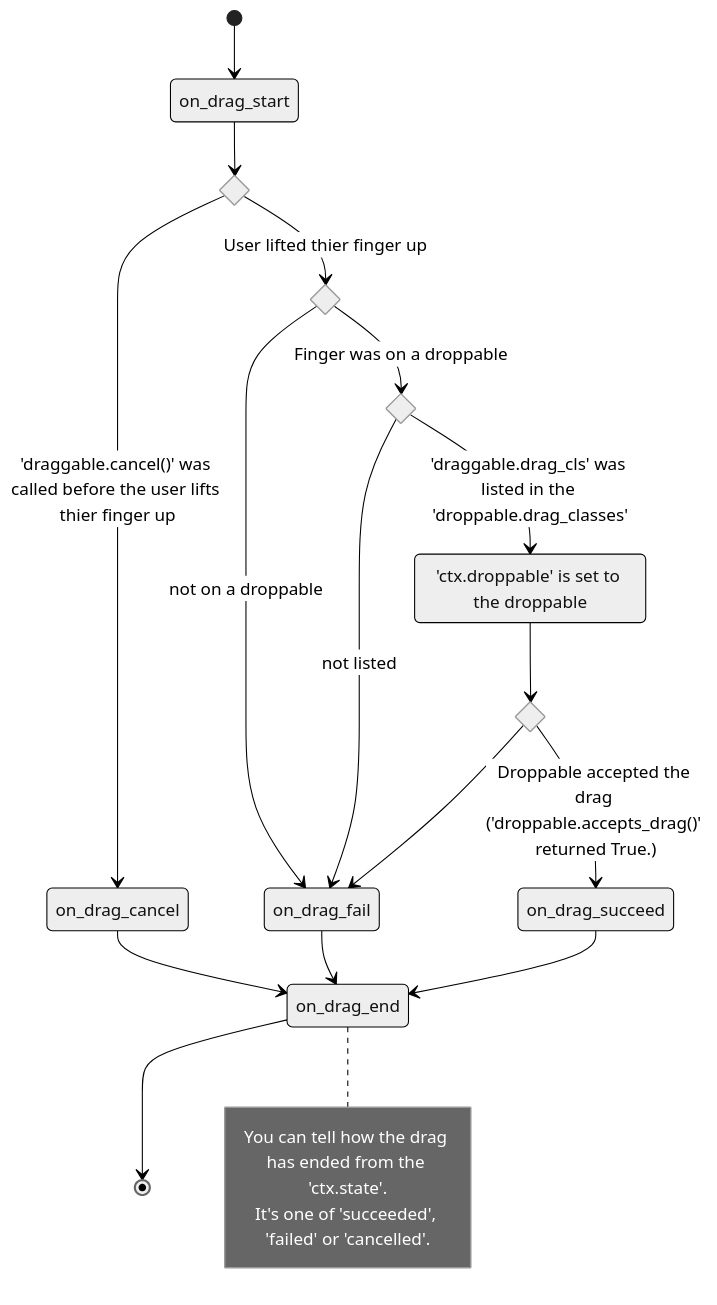
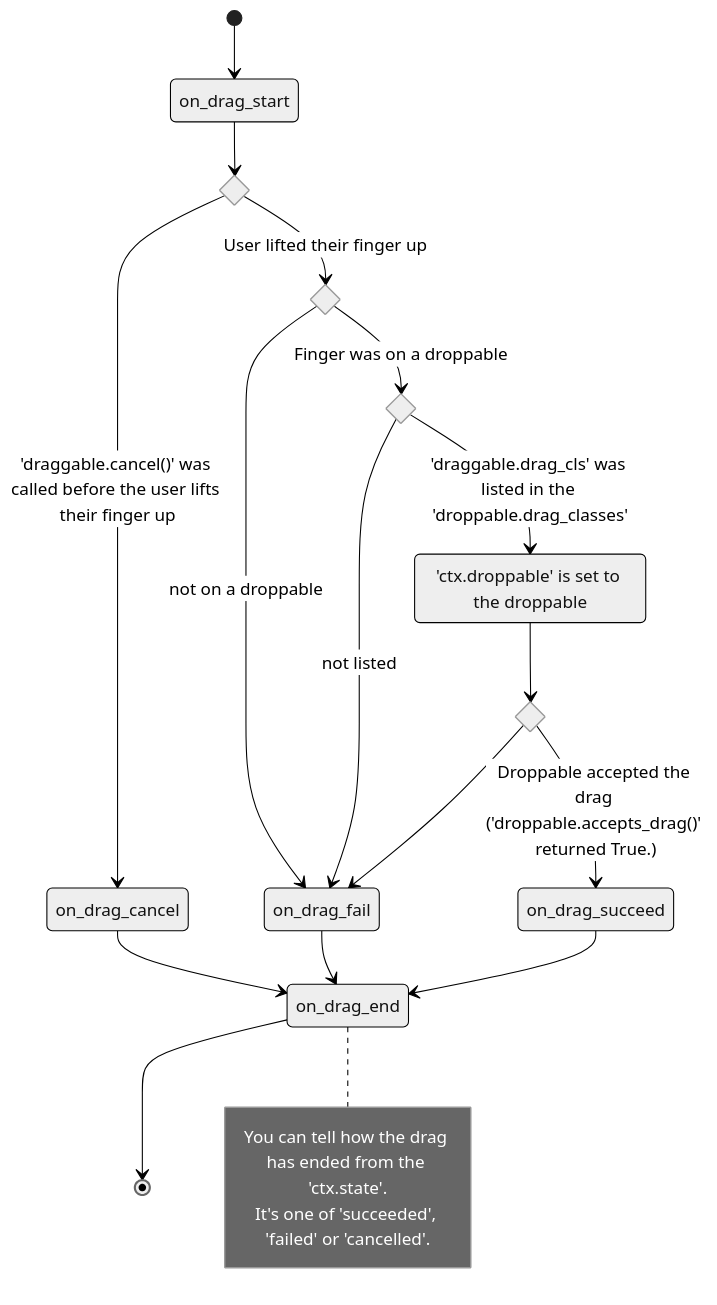
The diagram in README.md (kivy-garden/draggable), drawn with Mermaid (neutral theme) before and after one commit.

Commit message:
Fix typos in flowchart

````diff
--- a/README.md
+++ b/README.md
@@ -47,33 +47,33 @@
 ```mermaid
 stateDiagram-v2
     state cancelled? <<choice>>
     state on_a_droppable? <<choice>>
     state listed? <<choice>>
     state accepted? <<choice>>
 
     [*] --> on_drag_start
     on_drag_start --> cancelled?
-    cancelled? --> on_a_droppable?: User lifted thier finger up
-    cancelled? --> on_drag_cancel: 'draggable.cancel()' was called before the user lifts thier finger up
+    cancelled? --> on_a_droppable?: User lifted their finger up
+    cancelled? --> on_drag_cancel: 'draggable.cancel()' was called before the user lifts their finger up
 
     on_a_droppable? --> listed?: Finger was on a droppable
     on_a_droppable? --> on_drag_fail: not on a droppable
 
     droppable_is_set: 'ctx.droppable' is set to the droppable
     listed? --> droppable_is_set: 'draggable.drag_cls' was listed in the 'droppable.drag_classes'
     listed? --> on_drag_fail: not listed
 
     droppable_is_set --> accepted?
     accepted? --> on_drag_succeed: Droppable accepted the drag ('droppable.accepts_drag()' returned True.)
     accepted? --> on_drag_fail
 
     on_drag_cancel --> on_drag_end
     on_drag_fail --> on_drag_end
     on_drag_succeed --> on_drag_end
 
     on_drag_end --> [*]
     note right of on_drag_end
         You can tell how the drag has ended from the 'ctx.state'.
         It's one of 'succeeded', 'failed' or 'cancelled'.
     end note
 ```
````
